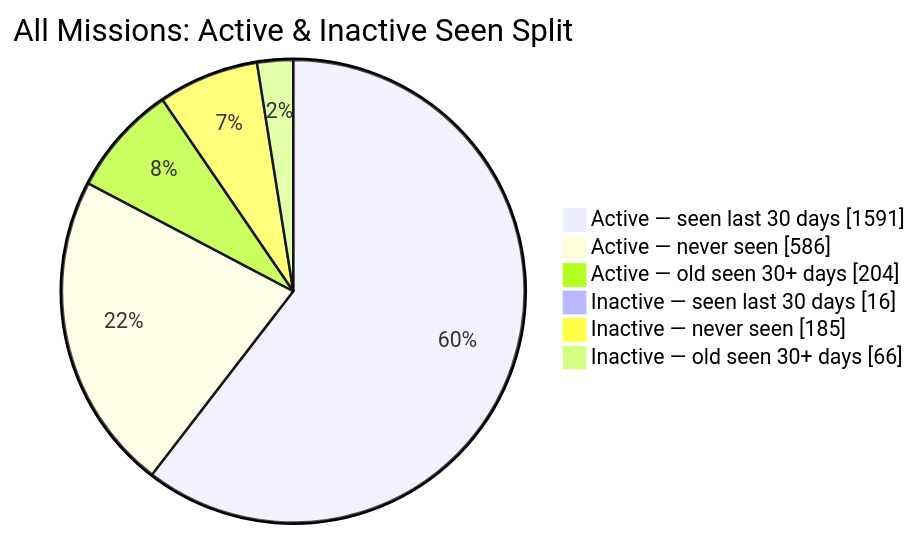
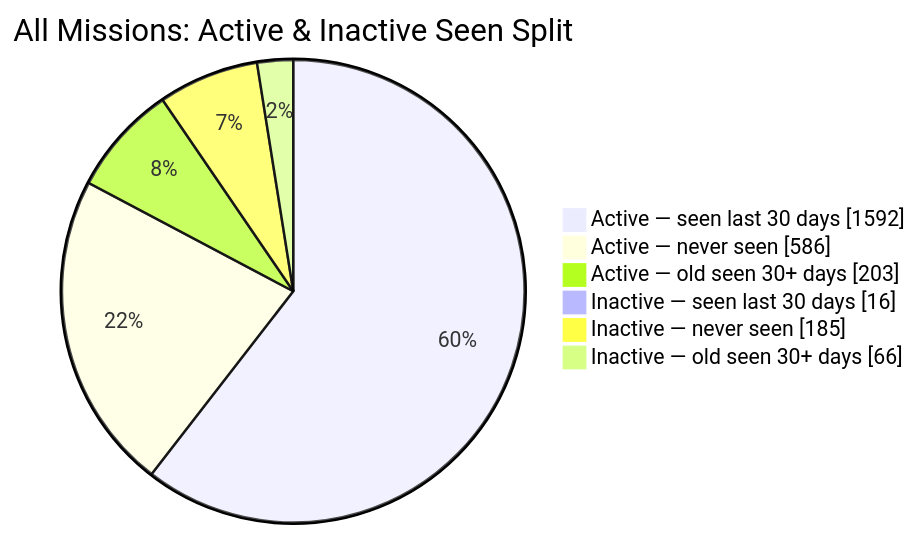
Before and after one commit to MeldkamerspelGameTeam/active-missions: the second of 2 diagrams in README.md, drawn with Mermaid. The commit also changed other lines of this file and 2 other files, not shown here.

````diff
--- a/README.md
+++ b/README.md
@@ -44,10 +44,10 @@
 ```mermaid
 pie showData
     title All Missions: Active & Inactive Seen Split
-    "Active — seen last 30 days" : 1591
+    "Active — seen last 30 days" : 1592
     "Active — never seen" : 586
-    "Active — old seen 30+ days" : 204
+    "Active — old seen 30+ days" : 203
     "Inactive — seen last 30 days" : 16
     "Inactive — never seen" : 185
     "Inactive — old seen 30+ days" : 66
 ```
````
